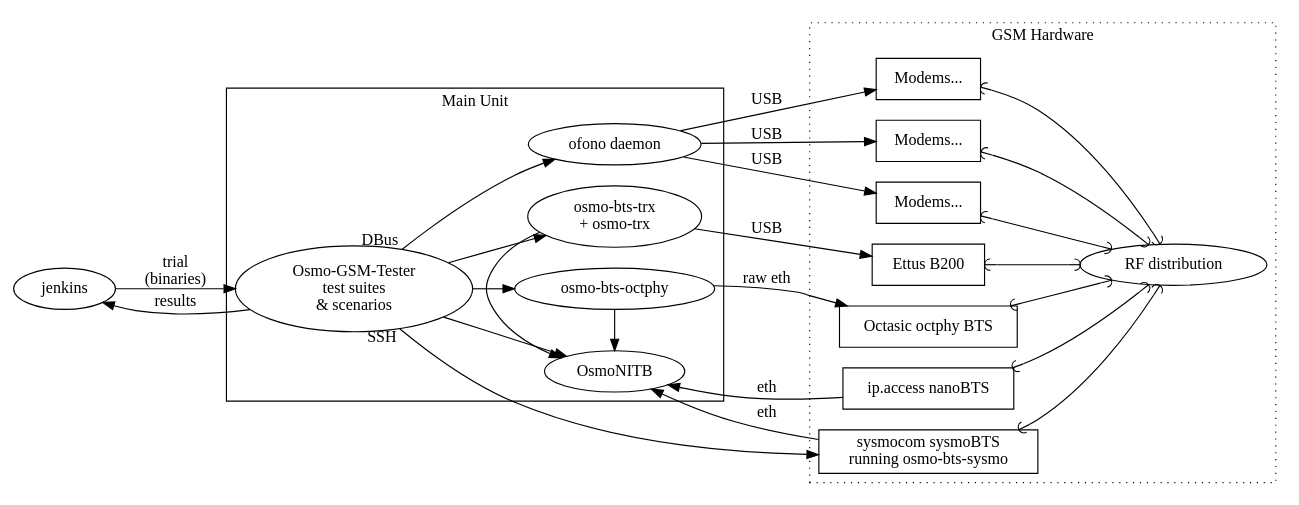
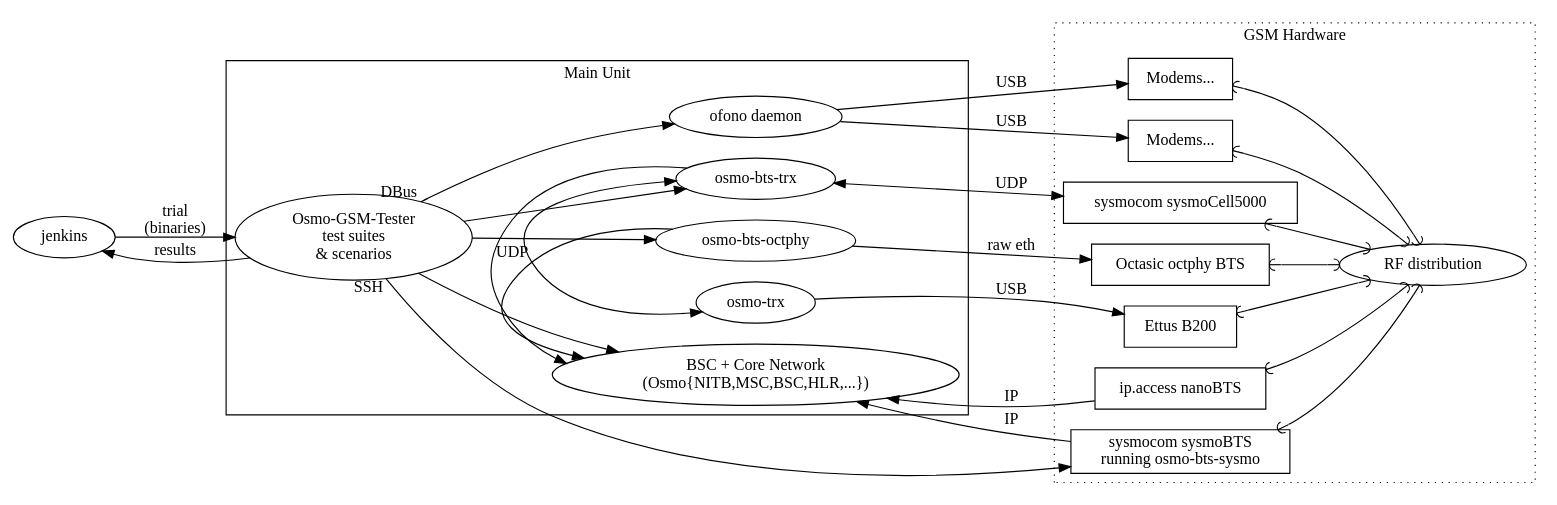
Before and after one commit to osmocom/osmo-gsm-tester: the first of 3 diagrams in doc/manuals/chapters/intro.adoc, drawn with Graphviz.

Commit message:
OsmoGSMTester: Improve setup graph
* Add sysmocell5000
* Remove 1 modem, showing 2 of them is enough
* Split osmo-bts-trx from osmo-trx node as sysmocell500 doesn't use the
later.
* Update OsmoNITB node to show we also support split openbsc.git
components.

```diff
--- a/doc/manuals/chapters/intro.adoc
+++ b/doc/manuals/chapters/intro.adoc
@@ -29,46 +29,48 @@
 [graphviz]
 ----
 digraph G {
 	rankdir=LR;
 	jenkins
 	subgraph cluster_gsm_hardware {
 		label = "GSM Hardware";
 		style=dotted
 
 		modem0 [shape=box label="Modems..."]
 		modem1 [shape=box label="Modems..."]
-		modem2 [shape=box label="Modems..."]
 		osmo_bts_sysmo [label="sysmocom sysmoBTS\nrunning osmo-bts-sysmo" shape=box]
 		B200 [label="Ettus B200" shape=box]
+		sysmoCell5K [label="sysmocom sysmoCell5000" shape=box]
 		octphy [label="Octasic octphy BTS" shape=box]
 		nanoBTS [label="ip.access nanoBTS" shape=box]
 		rf_distribution [label="RF distribution"]
 
-		{modem0 modem1 modem2 osmo_bts_sysmo B200 octphy nanoBTS}->rf_distribution [dir=both arrowhead="curve" arrowtail="curve"]
+		{modem0 modem1 osmo_bts_sysmo B200 octphy nanoBTS sysmoCell5K}->rf_distribution [dir=both arrowhead="curve" arrowtail="curve"]
 	}
 	subgraph cluster_main_unit {
 	  label = "Main Unit"
 	  osmo_gsm_tester [label="Osmo-GSM-Tester\ntest suites\n& scenarios"]
 	  subgraph {
 		rank=same
 		ofono [label="ofono daemon"]
-		OsmoNITB
-		osmo_bts_trx [label="osmo-bts-trx\n+ osmo-trx"]
+		osmo_trx [label="osmo-trx"]
+		osmo_bts_trx [label="osmo-bts-trx"]
 		osmo_bts_octphy [label="osmo-bts-octphy"]
+		OsmoNITB [label="BSC + Core Network\n(Osmo{NITB,MSC,BSC,HLR,...})"]
 	  }
 	}
 
 
 	jenkins->osmo_gsm_tester [label="trial\n(binaries)"]
 	osmo_gsm_tester->jenkins [label="results"]
-	ofono->{modem0 modem1 modem2} [label="USB"]
-	osmo_gsm_tester-> {OsmoNITB osmo_bts_trx osmo_bts_octphy}
-	osmo_gsm_tester-> osmo_bts_sysmo [taillabel="SSH"]
-	osmo_gsm_tester-> ofono [taillabel="DBus"]
-	osmo_bts_trx->B200 [label="USB"]
+	ofono->{modem0 modem1} [label="USB"]
+	osmo_gsm_tester->{OsmoNITB osmo_bts_trx osmo_bts_octphy}
+	osmo_gsm_tester->osmo_bts_sysmo [taillabel="SSH"]
+	osmo_gsm_tester->ofono [taillabel="DBus"]
+	osmo_trx->B200 [label="USB"]
+	osmo_bts_trx->{osmo_trx sysmoCell5K} [dir=both label="UDP"]
 	osmo_bts_octphy->octphy [label="raw eth"]
-	{osmo_bts_sysmo nanoBTS}->OsmoNITB [label="eth"]
+	{osmo_bts_sysmo nanoBTS}->OsmoNITB [label="IP"]
 	{B200 octphy}->OsmoNITB [label="eth" style=invis]
 	{osmo_bts_trx osmo_bts_octphy}->OsmoNITB
 }
 ----
```
